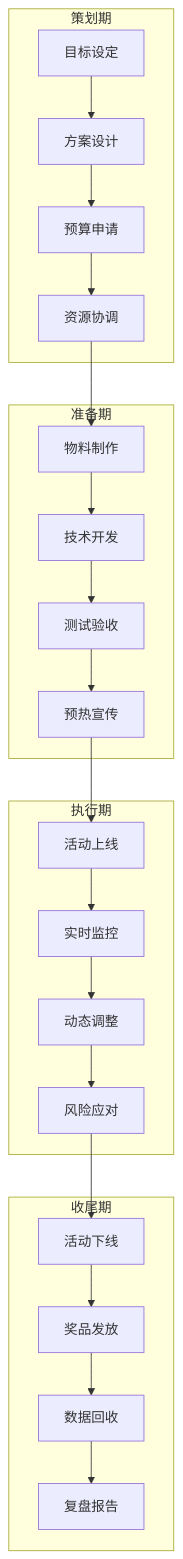
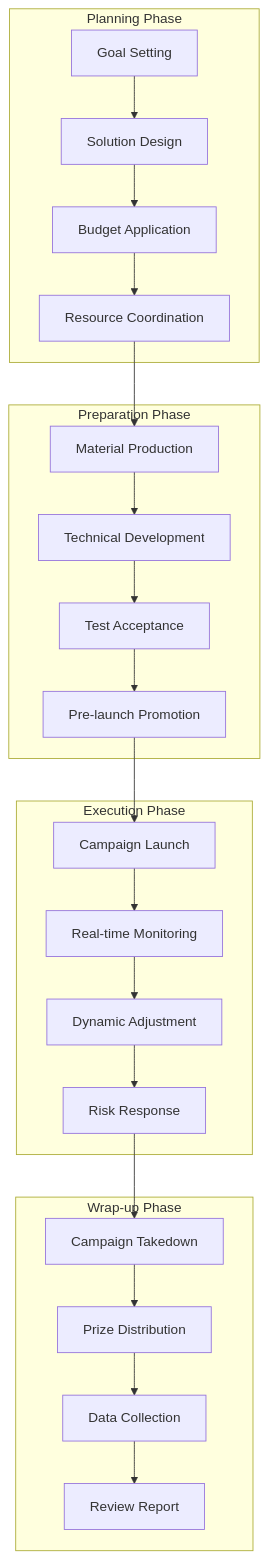
One commit to Kirky-X/cangjie changed the sixth of 9 diagrams in templates/产品/运营层/【模板】运营手册.md. Above: the diagram before and after it, drawn with Mermaid. The commit also changed other lines of this file and 60 other files, not shown here.

````diff
--- a/templates/产品/运营层/【模板】运营手册.md
+++ b/templates/产品/运营层/【模板】运营手册.md
@@ -274,30 +274,30 @@
 ```mermaid
 flowchart TD
-    subgraph 策划期
-        A1[目标设定] --> A2[方案设计]
-        A2 --> A3[预算申请]
-        A3 --> A4[资源协调]
+    subgraph Planning Phase
+        A1[Goal Setting] --> A2[Solution Design]
+        A2 --> A3[Budget Application]
+        A3 --> A4[Resource Coordination]
     end
 
-    subgraph 准备期
-        B1[物料制作] --> B2[技术开发]
-        B2 --> B3[测试验收]
-        B3 --> B4[预热宣传]
+    subgraph Preparation Phase
+        B1[Material Production] --> B2[Technical Development]
+        B2 --> B3[Test Acceptance]
+        B3 --> B4[Pre-launch Promotion]
     end
 
-    subgraph 执行期
-        C1[活动上线] --> C2[实时监控]
-        C2 --> C3[动态调整]
-        C3 --> C4[风险应对]
+    subgraph Execution Phase
+        C1[Campaign Launch] --> C2[Real-time Monitoring]
+        C2 --> C3[Dynamic Adjustment]
+        C3 --> C4[Risk Response]
     end
 
-    subgraph 收尾期
-        D1[活动下线] --> D2[奖品发放]
-        D2 --> D3[数据回收]
-        D3 --> D4[复盘报告]
+    subgraph Wrap-up Phase
+        D1[Campaign Takedown] --> D2[Prize Distribution]
+        D2 --> D3[Data Collection]
+        D3 --> D4[Review Report]
     end
 
     A4 --> B1
     B4 --> C1
     C4 --> D1
 ```
````
